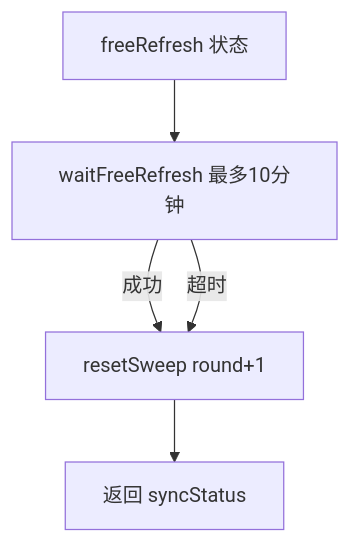
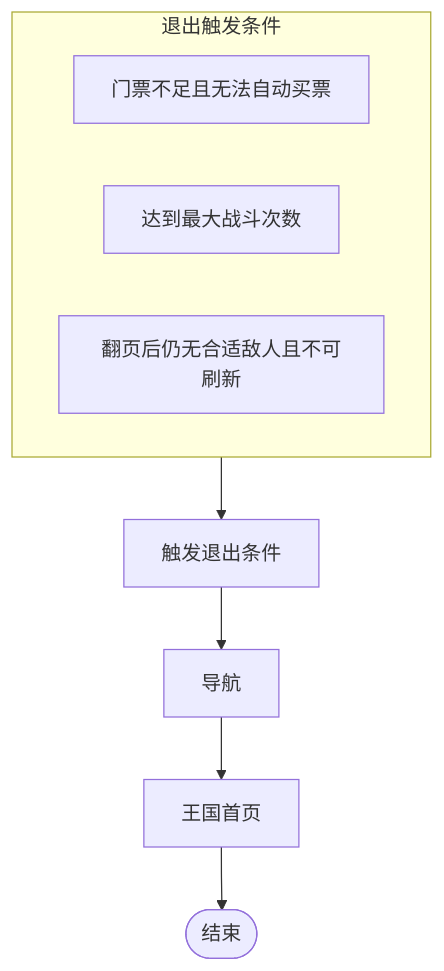
The sixth of 6 diagrams in 项目说明文档/竞技场模块流程图.md (sunnng/cookie-run-kingdom), drawn with Mermaid before and after one commit. The commit also changed other lines of this file and 13 other files, not shown here.

````diff
--- a/项目说明文档/竞技场模块流程图.md
+++ b/项目说明文档/竞技场模块流程图.md
@@ -133,7 +145,14 @@
 ```mermaid
 flowchart TD
-    A[freeRefresh 状态] --> B[waitFreeRefresh 最多10分钟]
-    B -->|成功| C[resetSweep round+1]
-    B -->|超时| C
-    C --> D[返回 syncStatus]
+    A[触发退出条件] --> NAV[导航]
+    NAV --> HOME[王国首页]
+    HOME --> END([结束])
+
+    subgraph triggers [退出触发条件]
+        T1[门票不足且无法自动买票]
+        T2[达到最大战斗次数]
+        T3[翻页后仍无合适敌人且不可刷新]
+    end
+
+    triggers --> A
 ```
````
